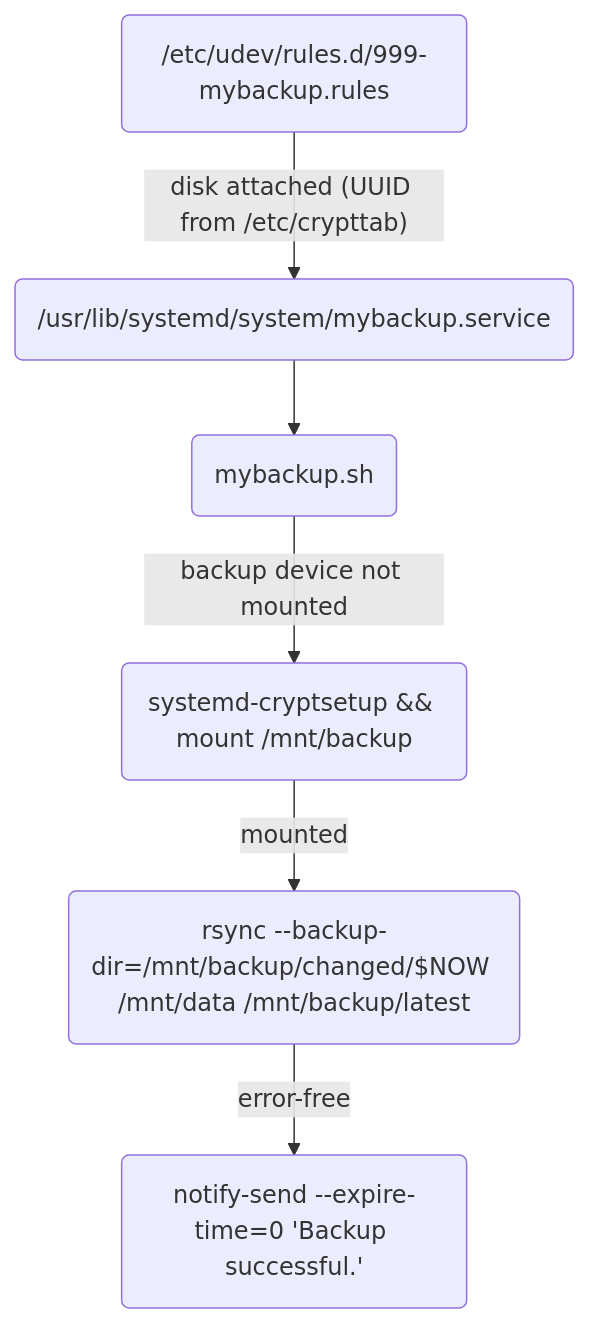
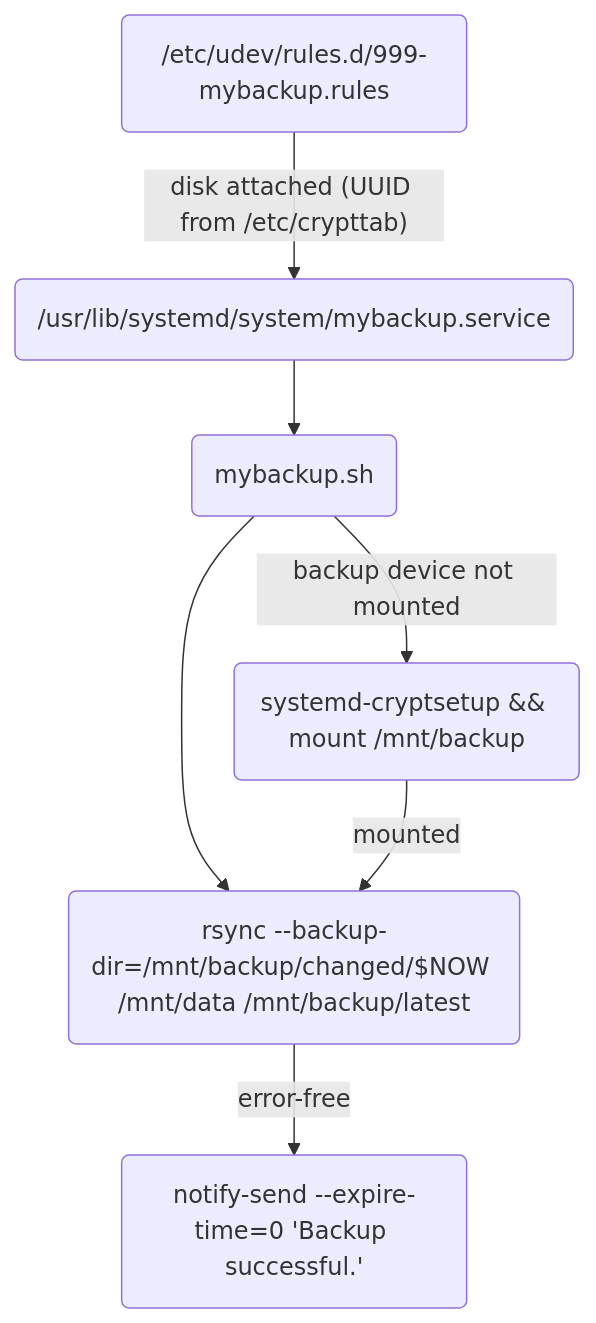
Before and after one commit to andre-st/dotfiles: the diagram in README.md, drawn with Mermaid.

Commit message:
Improve backup flowchart

````diff
--- a/README.md
+++ b/README.md
@@ -259,16 +259,17 @@
 ```mermaid
 flowchart TD
 
 	udev("/etc/udev/rules.d/999-mybackup.rules")
 	service("/usr/lib/systemd/system/mybackup.service")
 	sh("mybackup.sh")
 	mount("systemd-cryptsetup && mount /mnt/backup")
 	rsync("rsync --backup-dir=/mnt/backup/changed/$NOW /mnt/data /mnt/backup/latest")
 	notify("notify-send --expire-time=0 'Backup successful.'")
 
 	udev-- "disk attached (UUID from /etc/crypttab)" -->service
 	service-->sh
 	sh-- "backup device not mounted" -->mount
+	sh-->rsync
 	mount-- "mounted" -->rsync
 	rsync-- "error-free" -->notify
 ```
````
